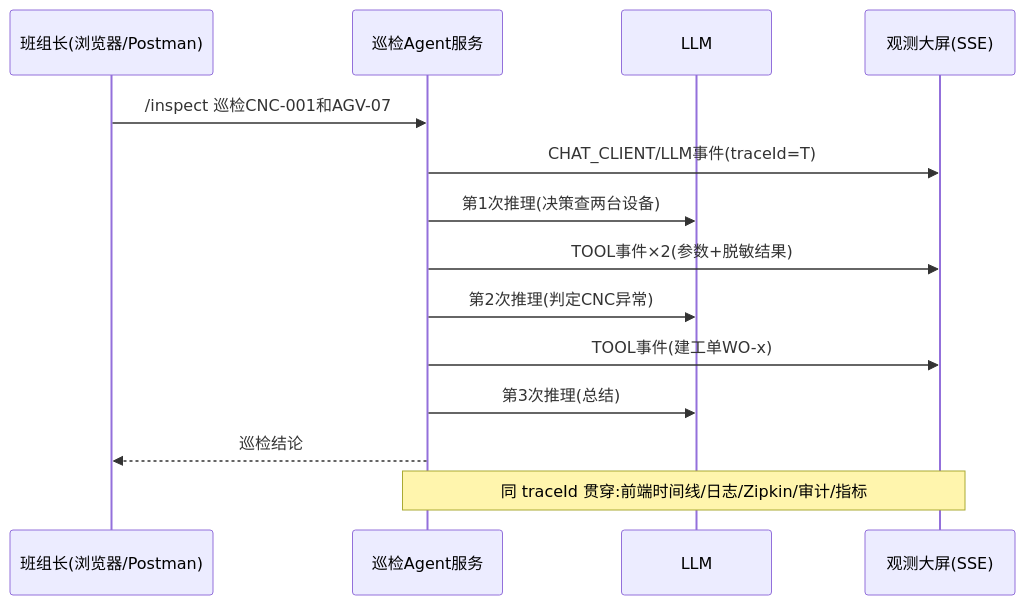
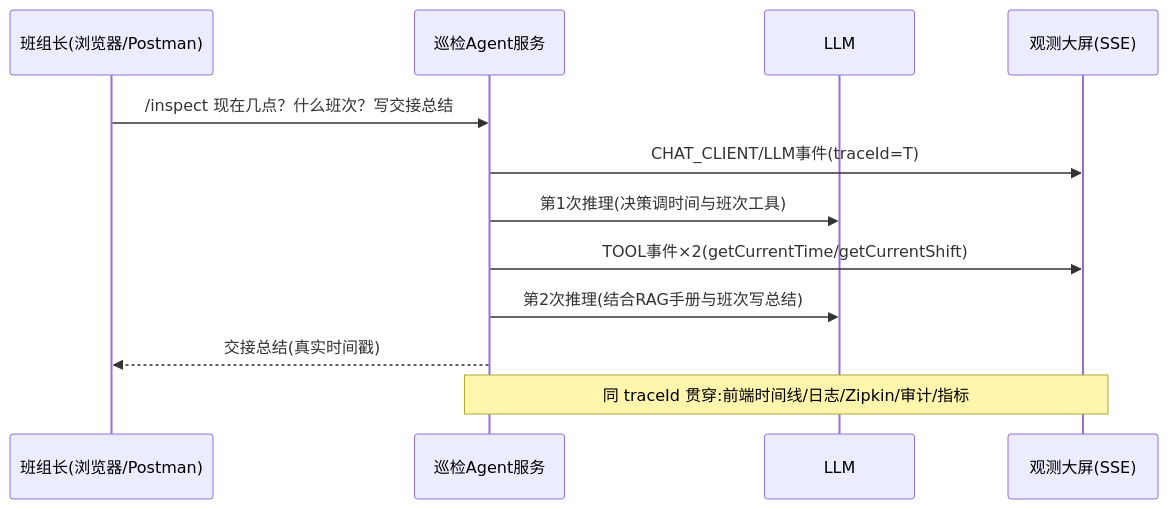
Before and after one commit to UranusGit/java-agent-learn: the second of 2 diagrams in docs/附录/18-Observation/11-综合实战：工业巡检Agent可观测闭环.md, drawn with Mermaid. The commit also changed other lines of this file and 12 other files, not shown here.

````diff
--- a/docs/附录/18-Observation/11-综合实战：工业巡检Agent可观测闭环.md
+++ b/docs/附录/18-Observation/11-综合实战：工业巡检Agent可观测闭环.md
@@ -212,16 +210,14 @@
 ```mermaid
 sequenceDiagram
     participant U as 班组长(浏览器/Postman)
     participant S as 巡检Agent服务
     participant L as LLM
     participant FE as 观测大屏(SSE)
-    U->>S: /inspect 巡检CNC-001和AGV-07
+    U->>S: /inspect 现在几点？什么班次？写交接总结
     S->>FE: CHAT_CLIENT/LLM事件(traceId=T)
-    S->>L: 第1次推理(决策查两台设备)
-    S->>FE: TOOL事件×2(参数+脱敏结果)
-    S->>L: 第2次推理(判定CNC异常)
-    S->>FE: TOOL事件(建工单WO-x)
-    S->>L: 第3次推理(总结)
-    S-->>U: 巡检结论
+    S->>L: 第1次推理(决策调时间与班次工具)
+    S->>FE: TOOL事件×2(getCurrentTime/getCurrentShift)
+    S->>L: 第2次推理(结合RAG手册与班次写总结)
+    S-->>U: 交接总结(真实时间戳)
     Note over S,FE: 同 traceId 贯穿:前端时间线/日志/Zipkin/审计/指标
 ```
````
